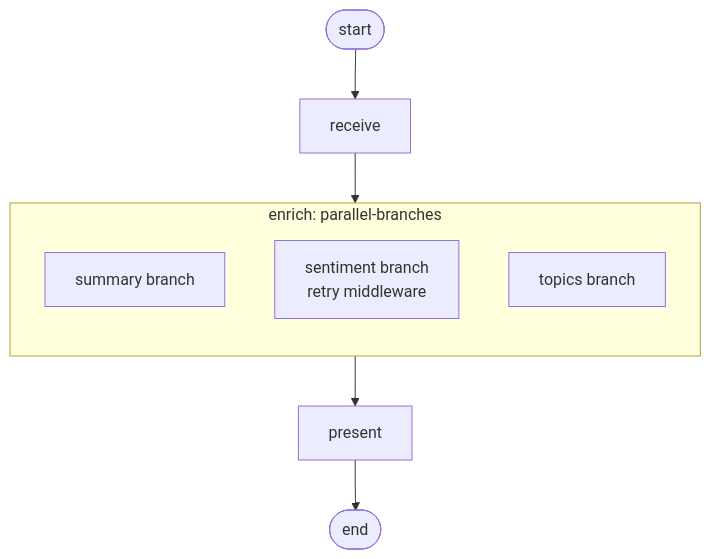
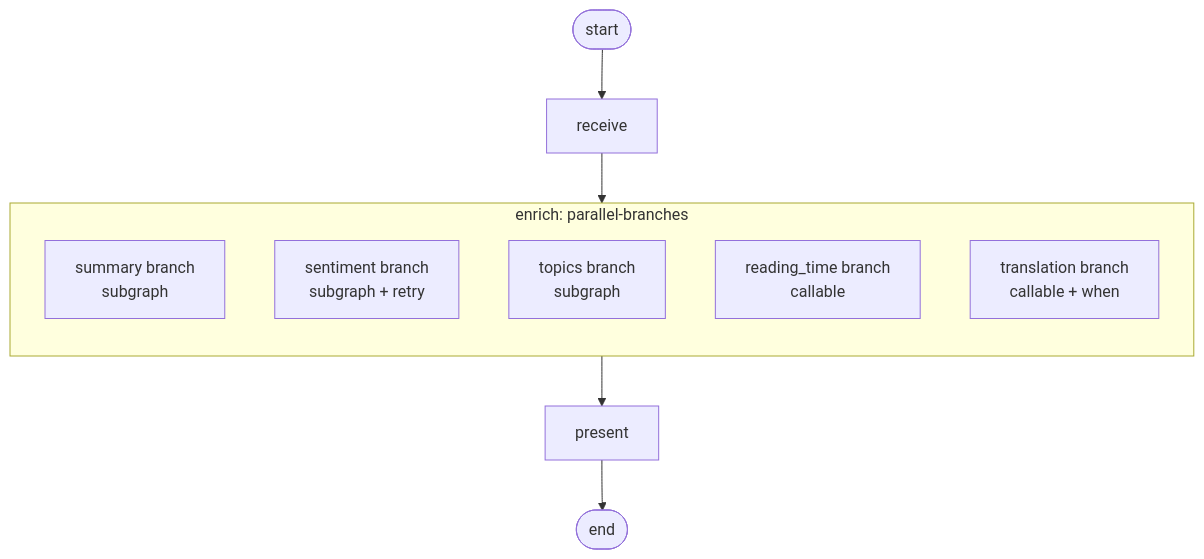
The diagram in docs/examples/parallel-branches.md (LunarCommand/openarmature-python), drawn with Mermaid before and after one commit. The commit also changed other lines of this file and 21 other files, not shown here.

````diff
--- a/docs/examples/parallel-branches.md
+++ b/docs/examples/parallel-branches.md
@@ -69,16 +89,18 @@
 ```mermaid
 flowchart TD
   start([start])
   receive[receive]
   present[present]
   stop([end])
 
   subgraph enrich [enrich: parallel-branches]
     direction TB
-    summary[summary branch]
-    sentiment[sentiment branch<br/>retry middleware]
-    topics[topics branch]
+    summary[summary branch<br/>subgraph]
+    sentiment[sentiment branch<br/>subgraph + retry]
+    topics[topics branch<br/>subgraph]
+    reading_time[reading_time branch<br/>callable]
+    translation[translation branch<br/>callable + when]
   end
 
   start --> receive --> enrich --> present --> stop
 ```
````
